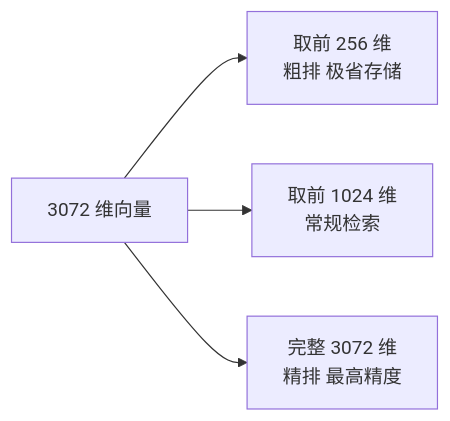
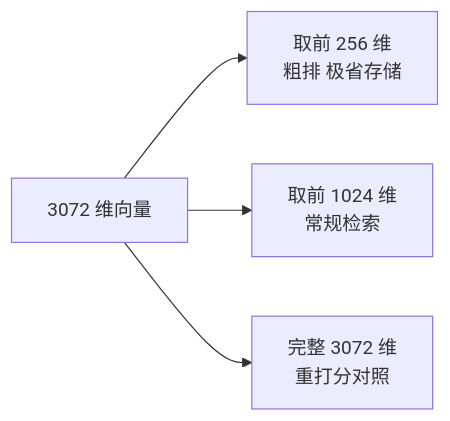
Before and after one commit to oneleaveknowsthefall/awesome-ai-roadmap: the third of 3 diagrams in docs/rag/02-ingestion-indexing/07-embedding-selection.md, drawn with Mermaid. The commit also changed other lines of this file and 24 other files, not shown here.

````diff
--- a/docs/rag/02-ingestion-indexing/07-embedding-selection.md
+++ b/docs/rag/02-ingestion-indexing/07-embedding-selection.md
@@ -106,6 +106,6 @@
 ```mermaid
 flowchart LR
     V[3072 维向量] --> C1[取前 256 维<br/>粗排 极省存储]
     V --> C2[取前 1024 维<br/>常规检索]
-    V --> C3[完整 3072 维<br/>精排 最高精度]
+    V --> C3[完整 3072 维<br/>重打分对照]
 ```
````
